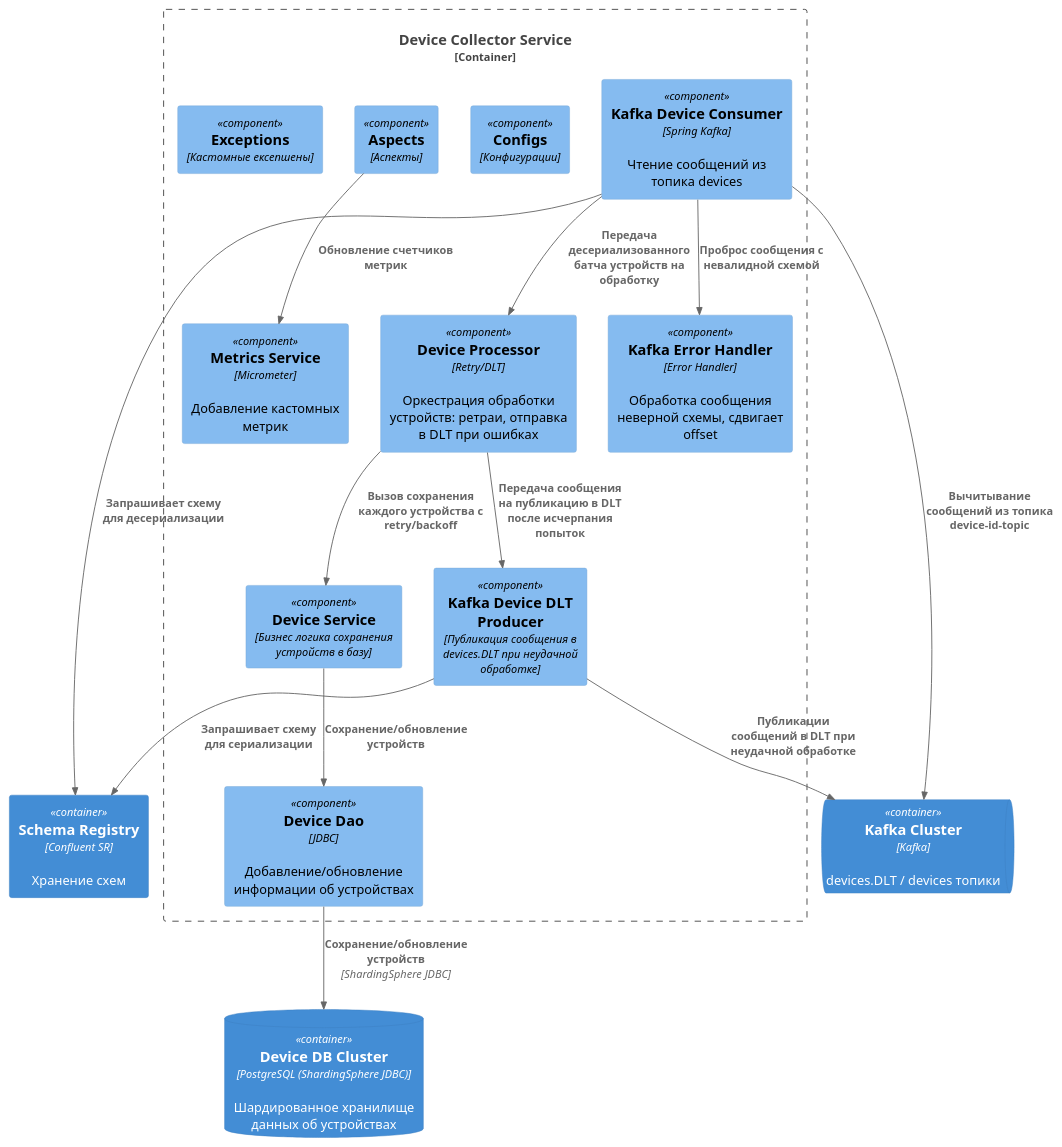
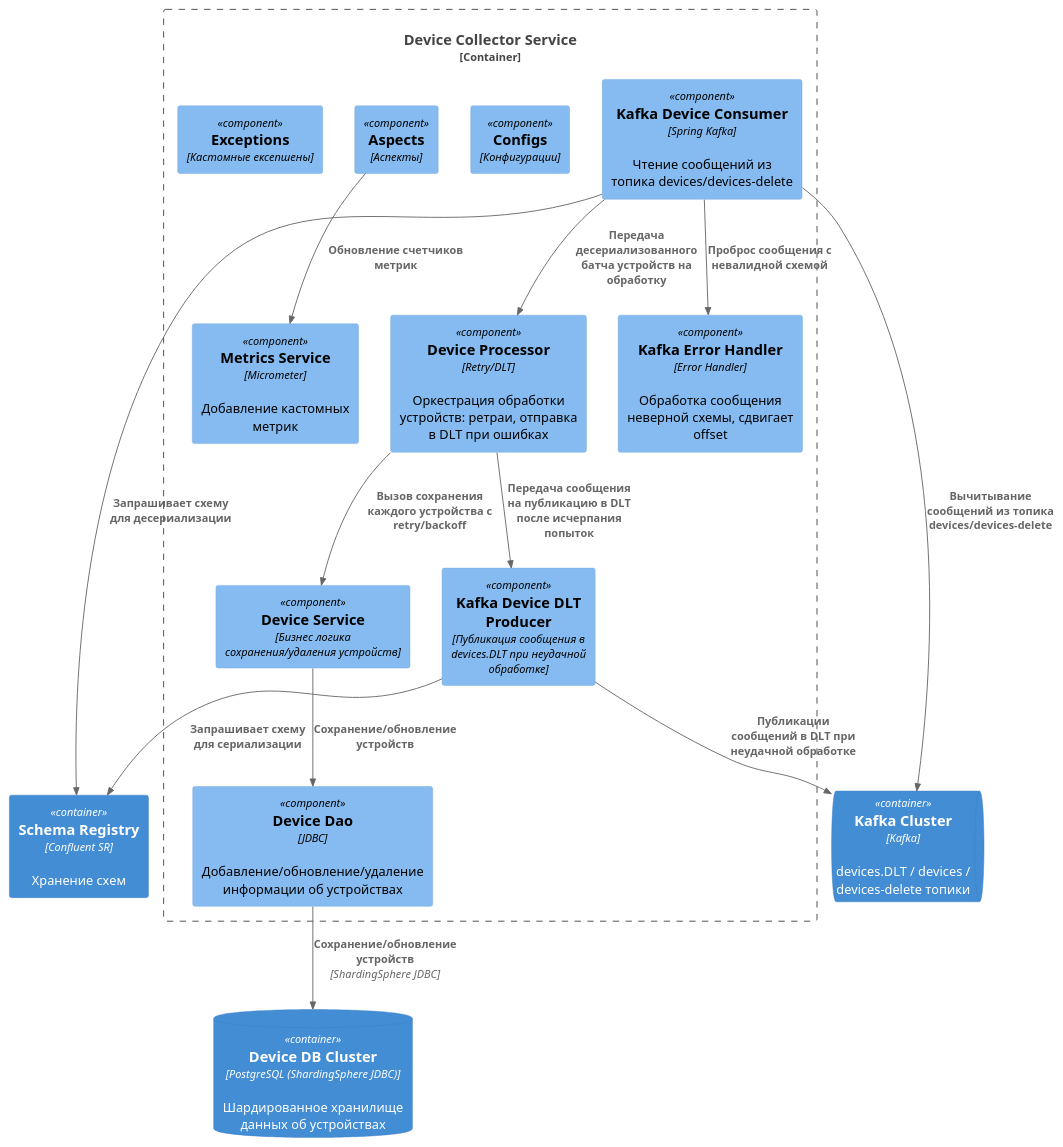
The diagram in device-collector/diagrams/component.puml (SinglePlayer56/iot), drawn with PlantUML before and after one commit. The commit also changed 4 other files, not shown here.

Commit message:
Add sequence diagram for device-service. Update diagrams.

```diff
--- a/device-collector/diagrams/component.puml
+++ b/device-collector/diagrams/component.puml
@@ -1,34 +1,34 @@
 @startuml
 !includeurl https://raw.githubusercontent.com/plantuml-stdlib/C4-PlantUML/master/C4_Component.puml
 
 Container_Boundary(device_collector_service, "Device Collector Service") {
     Component(device_processor, "Device Processor", "Retry/DLT", "Оркестрация обработки устройств: ретраи, отправка в DLT при ошибках")
-    Component(device_service, "Device Service", "Бизнес логика сохранения устройств в базу")
-    Component(device_repo, "Device Dao", "JDBC", "Добавление/обновление информации об устройствах")
-    Component(kafka_device_consumer, "Kafka Device Consumer", "Spring Kafka", "Чтение сообщений из топика devices")
+    Component(device_service, "Device Service", "Бизнес логика сохранения/удаления устройств")
+    Component(device_repo, "Device Dao", "JDBC", "Добавление/обновление/удаление информации об устройствах")
+    Component(kafka_device_consumer, "Kafka Device Consumer", "Spring Kafka", "Чтение сообщений из топика devices/devices-delete")
     Component(metrics_service, "Metrics Service", "Micrometer", "Добавление кастомных метрик")
     Component(configs, "Configs", "Конфигурации")
     Component(aspects, "Aspects", "Аспекты")
     Component(exceptions, "Exceptions", "Кастомные ексепшены")
     Component(kafka_device_dlt_producer, "Kafka Device DLT Producer", "Публикация сообщения в devices.DLT при неудачной обработке")
     Component(kafka_error_handler, "Kafka Error Handler", "Error Handler", "Обработка сообщения неверной схемы, сдвигает offset")
 
     Rel(aspects, metrics_service, "Обновление счетчиков метрик")
     Rel(device_service, device_repo, "Сохранение/обновление устройств")
     Rel(kafka_device_consumer, device_processor, "Передача десериализованного батча устройств на обработку")
     Rel(kafka_device_consumer, kafka_error_handler, "Проброс сообщения с невалидной схемой")
     Rel(device_processor, device_service, "Вызов сохранения каждого устройства с retry/backoff")
     Rel(device_processor, kafka_device_dlt_producer, "Передача сообщения на публикацию в DLT после исчерпания попыток")
 }
 
 ContainerDb(device_collector_data, "Device DB Cluster", "PostgreSQL (ShardingSphere JDBC)", "Шардированное хранилище данных об устройствах")
-ContainerQueue(kafka, "Kafka Cluster", "Kafka", "devices.DLT / devices топики")
+ContainerQueue(kafka, "Kafka Cluster", "Kafka", "devices.DLT / devices / devices-delete топики")
 Container(schema_registry, "Schema Registry", "Confluent SR", "Хранение схем")
 
 Rel(kafka_device_consumer, schema_registry, "Запрашивает схему для десериализации")
 Rel(kafka_device_dlt_producer, schema_registry, "Запрашивает схему для сериализации")
-Rel(kafka_device_consumer, kafka, "Вычитывание сообщений из топика device-id-topic")
+Rel(kafka_device_consumer, kafka, "Вычитывание сообщений из топика devices/devices-delete")
 Rel(kafka_device_dlt_producer, kafka, "Публикации сообщений в DLT при неудачной обработке")
 Rel(device_repo,device_collector_data, "Сохранение/обновление устройств", "ShardingSphere JDBC")
 
 @enduml
```
